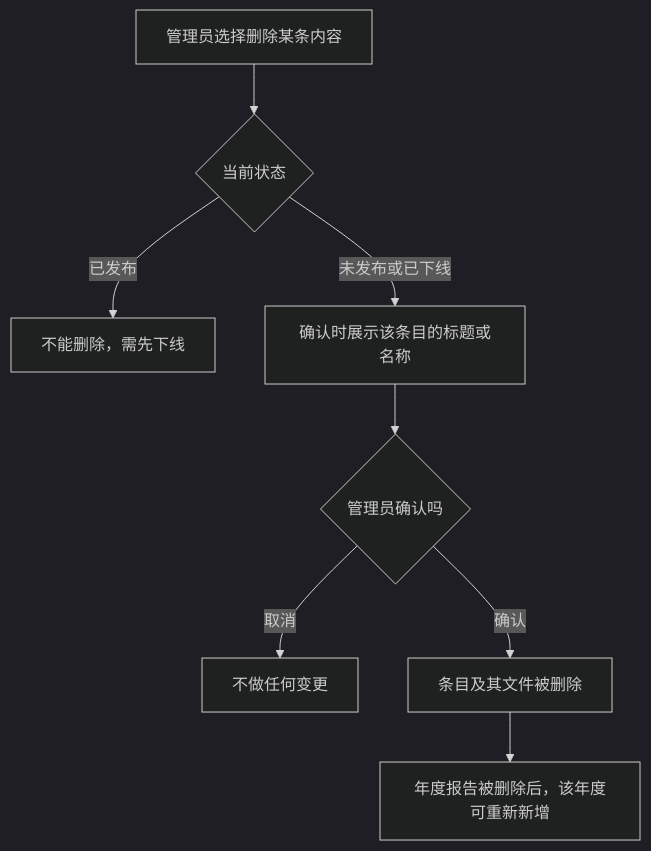
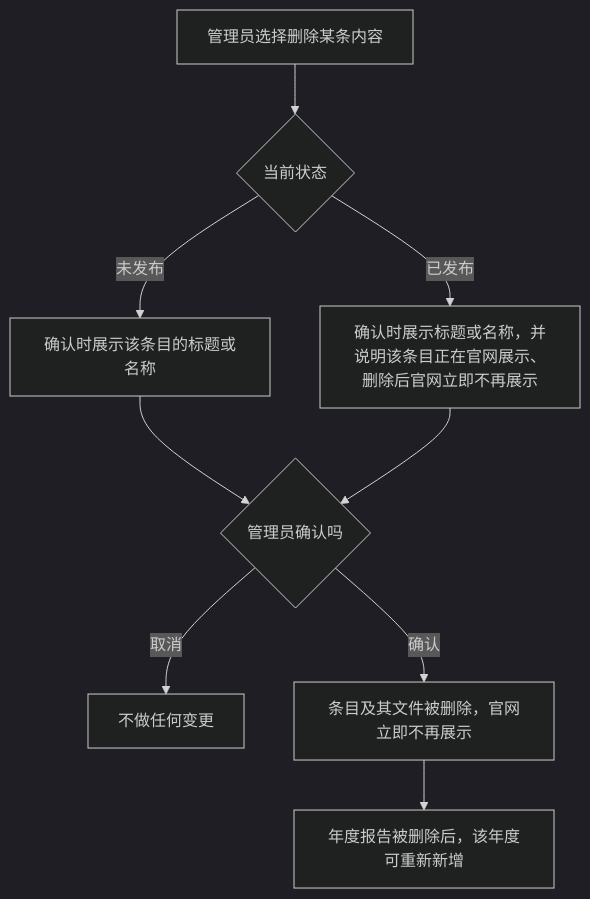
Before and after one commit to wxblockchain/luna: the fourth of 4 diagrams in prd/info-disclosure/luna-info-disclosure-prd-02-flows.md, drawn with Mermaid (dark theme). The commit also changed other lines of this file and 2 other files, not shown here.

````diff
--- a/prd/info-disclosure/luna-info-disclosure-prd-02-flows.md
+++ b/prd/info-disclosure/luna-info-disclosure-prd-02-flows.md
@@ -90,10 +88,11 @@
 ```mermaid
 flowchart TD
     A[管理员选择删除某条内容] --> B{当前状态}
-    B -->|已发布| C[不能删除，需先下线]
-    B -->|未发布或已下线| F[确认时展示该条目的标题或名称]
+    B -->|未发布| F[确认时展示该条目的标题或名称]
+    B -->|已发布| F2[确认时展示标题或名称，并说明该条目正在官网展示、删除后官网立即不再展示]
     F --> G{管理员确认吗}
+    F2 --> G
     G -->|取消| H[不做任何变更]
-    G -->|确认| I[条目及其文件被删除]
+    G -->|确认| I[条目及其文件被删除，官网立即不再展示]
     I --> J[年度报告被删除后，该年度可重新新增]
 ```
````
